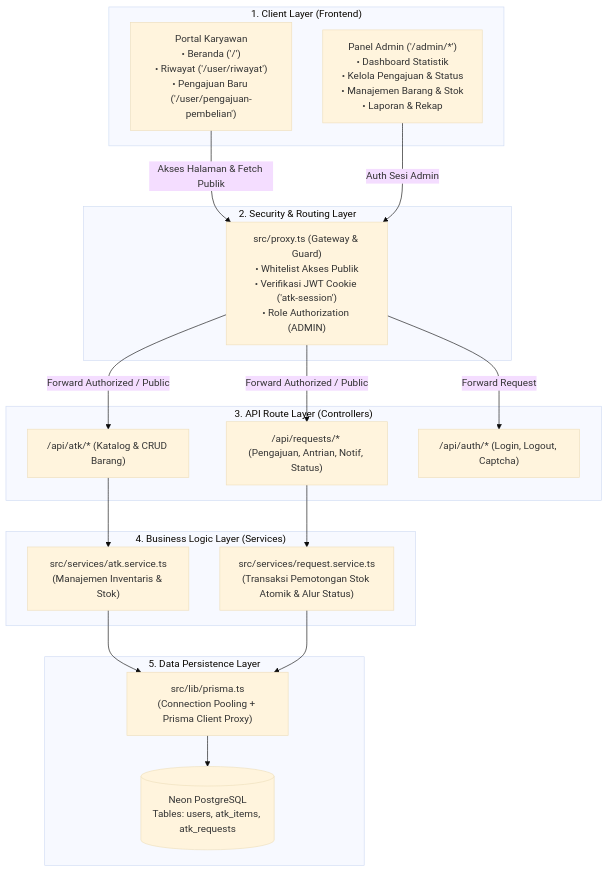
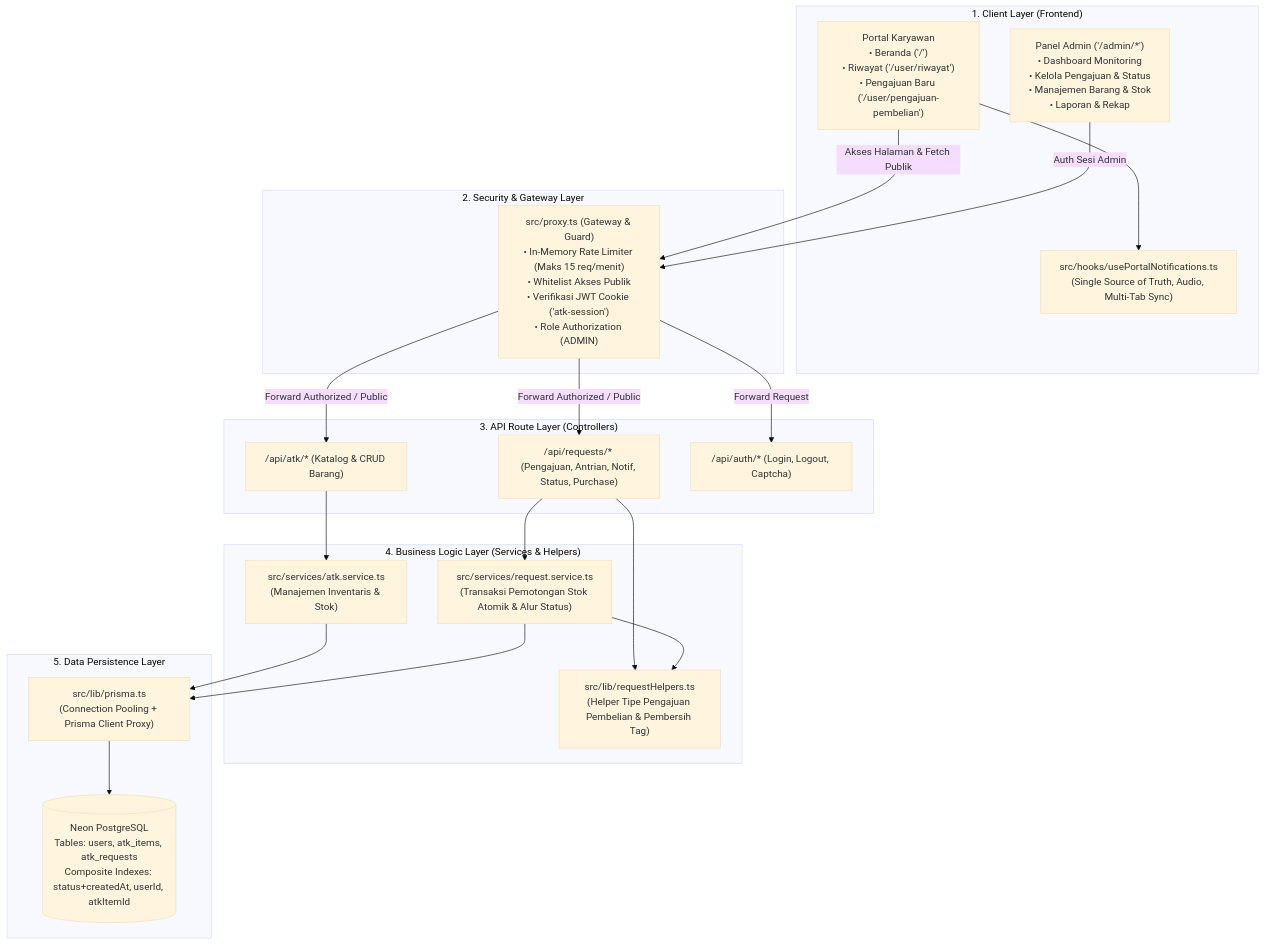
One commit to MuhammadArif-bin1/Pengajuan-ATK changed the first of 2 diagrams in doc/arsitektur.md. Above: the diagram before and after it, drawn with Mermaid (base theme). The commit also changed other lines of this file and 31 other files, not shown here.

````diff
--- a/doc/arsitektur.md
+++ b/doc/arsitektur.md
@@ -19,41 +19,46 @@
 ```mermaid
 graph TD
     subgraph "1. Client Layer (Frontend)"
         PublicPortal["Portal Karyawan\n• Beranda ('/')\n• Riwayat ('/user/riwayat')\n• Pengajuan Baru ('/user/pengajuan-pembelian')"]
-        AdminPortal["Panel Admin ('/admin/*')\n• Dashboard Statistik\n• Kelola Pengajuan & Status\n• Manajemen Barang & Stok\n• Laporan & Rekap"]
+        AdminPortal["Panel Admin ('/admin/*')\n• Dashboard Monitoring\n• Kelola Pengajuan & Status\n• Manajemen Barang & Stok\n• Laporan & Rekap"]
+        SharedHook["src/hooks/usePortalNotifications.ts\n(Single Source of Truth, Audio, Multi-Tab Sync)"]
     end
 
-    subgraph "2. Security & Routing Layer"
-        Proxy["src/proxy.ts (Gateway & Guard)\n• Whitelist Akses Publik\n• Verifikasi JWT Cookie ('atk-session')\n• Role Authorization (ADMIN)"]
+    subgraph "2. Security & Gateway Layer"
+        Proxy["src/proxy.ts (Gateway & Guard)\n• In-Memory Rate Limiter (Maks 15 req/menit)\n• Whitelist Akses Publik\n• Verifikasi JWT Cookie ('atk-session')\n• Role Authorization (ADMIN)"]
     end
 
     subgraph "3. API Route Layer (Controllers)"
         AtkAPI["/api/atk/* (Katalog & CRUD Barang)"]
-        ReqAPI["/api/requests/* (Pengajuan, Antrian, Notif, Status)"]
+        ReqAPI["/api/requests/* (Pengajuan, Antrian, Notif, Status, Purchase)"]
         AuthAPI["/api/auth/* (Login, Logout, Captcha)"]
     end
 
-    subgraph "4. Business Logic Layer (Services)"
+    subgraph "4. Business Logic Layer (Services & Helpers)"
         AtkService["src/services/atk.service.ts\n(Manajemen Inventaris & Stok)"]
         ReqService["src/services/request.service.ts\n(Transaksi Pemotongan Stok Atomik & Alur Status)"]
+        ReqHelpers["src/lib/requestHelpers.ts\n(Helper Tipe Pengajuan Pembelian & Pembersih Tag)"]
     end
 
     subgraph "5. Data Persistence Layer"
         PrismaClient["src/lib/prisma.ts\n(Connection Pooling + Prisma Client Proxy)"]
-        NeonDB[("Neon PostgreSQL\nTables: users, atk_items, atk_requests")]
+        NeonDB[("Neon PostgreSQL\nTables: users, atk_items, atk_requests\nComposite Indexes: status+createdAt, userId, atkItemId")]
     end
 
+    PublicPortal --> SharedHook
     PublicPortal -->|Akses Halaman & Fetch Publik| Proxy
     AdminPortal -->|Auth Sesi Admin| Proxy
 
     Proxy -->|Forward Authorized / Public| AtkAPI
     Proxy -->|Forward Authorized / Public| ReqAPI
     Proxy -->|Forward Request| AuthAPI
 
     AtkAPI --> AtkService
     ReqAPI --> ReqService
+    ReqAPI --> ReqHelpers
+    ReqService --> ReqHelpers
 
     AtkService --> PrismaClient
     ReqService --> PrismaClient
     PrismaClient --> NeonDB
 ```
````
